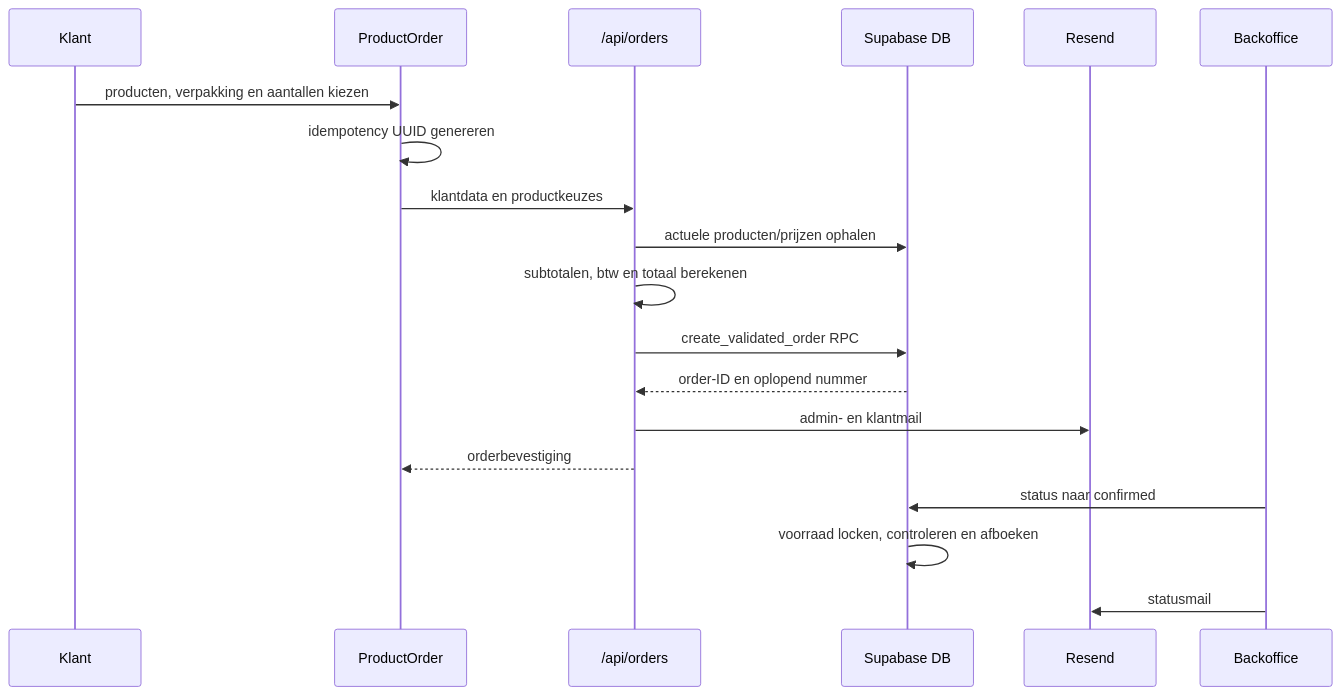
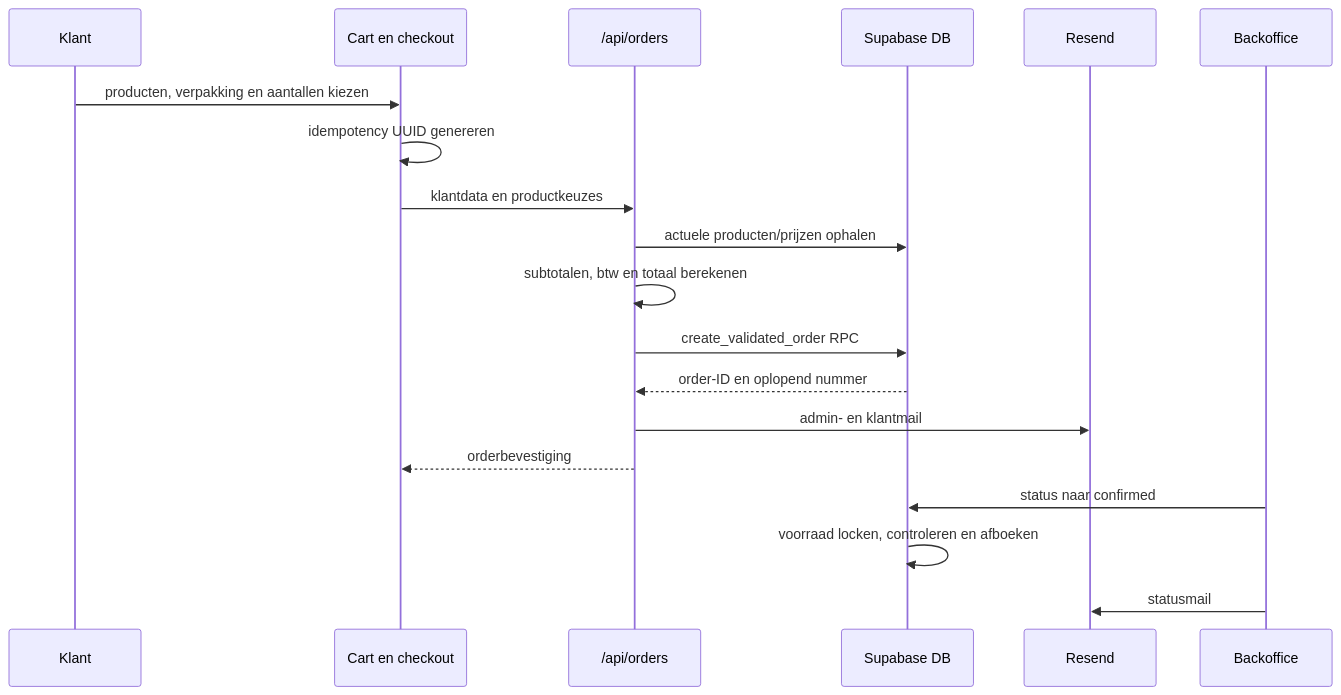
The third of 3 diagrams in docs/TECHNICAL_HANDOVER.md (jimmybergsma3-collab/NANCY-S-CASTALLA), drawn with Mermaid before and after one commit. The commit also changed other lines of this file and 27 other files, not shown here.

Commit message:
feat: add localized preorder cart flow

````diff
--- a/docs/TECHNICAL_HANDOVER.md
+++ b/docs/TECHNICAL_HANDOVER.md
@@ -858,22 +869,22 @@
 ```mermaid
 sequenceDiagram
     participant K as Klant
-    participant C as ProductOrder
+    participant C as Cart en checkout
     participant A as /api/orders
     participant D as Supabase DB
     participant E as Resend
     participant B as Backoffice
 
     K->>C: producten, verpakking en aantallen kiezen
     C->>C: idempotency UUID genereren
     C->>A: klantdata en productkeuzes
     A->>D: actuele producten/prijzen ophalen
     A->>A: subtotalen, btw en totaal berekenen
     A->>D: create_validated_order RPC
     D-->>A: order-ID en oplopend nummer
     A->>E: admin- en klantmail
     A-->>C: orderbevestiging
     B->>D: status naar confirmed
     D->>D: voorraad locken, controleren en afboeken
     B->>E: statusmail
 ```
````
